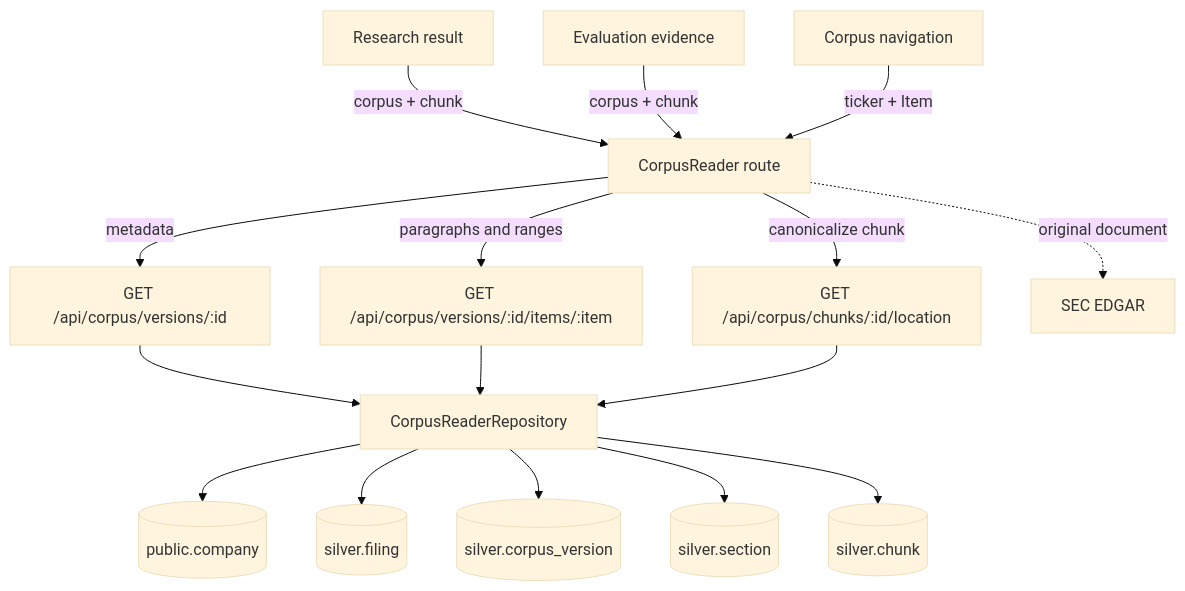
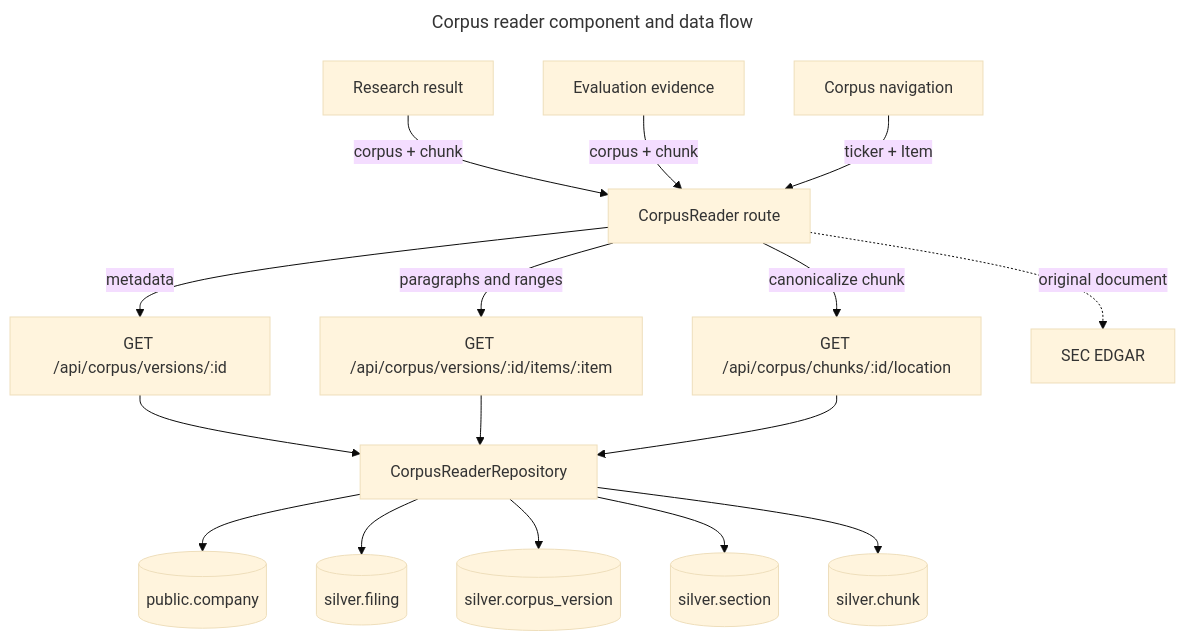
Before and after one commit to hongchit/sec-filing-rag-poc: the first of 4 diagrams in docs/corpus-reader.md, drawn with Mermaid (base theme). The commit also changed other lines of this file and 43 other files, not shown here.

````diff
--- a/docs/corpus-reader.md
+++ b/docs/corpus-reader.md
@@ -17,18 +17,21 @@
 ```mermaid
+---
+title: Corpus reader component and data flow
+---
 flowchart TD
   R[Research result] -->|corpus + chunk| UI[CorpusReader route]
   E[Evaluation evidence] -->|corpus + chunk| UI
   N[Corpus navigation] -->|ticker + Item| UI
   UI -->|metadata| V[GET /api/corpus/versions/:id]
   UI -->|paragraphs and ranges| I[GET /api/corpus/versions/:id/items/:item]
   UI -->|canonicalize chunk| L[GET /api/corpus/chunks/:id/location]
   V --> RR[CorpusReaderRepository]
   I --> RR
   L --> RR
   RR --> C[(public.company)]
   RR --> F[(silver.filing)]
   RR --> CV[(silver.corpus_version)]
   RR --> S[(silver.section)]
   RR --> CH[(silver.chunk)]
   UI -. original document .-> SEC[SEC EDGAR]
 ```
````
